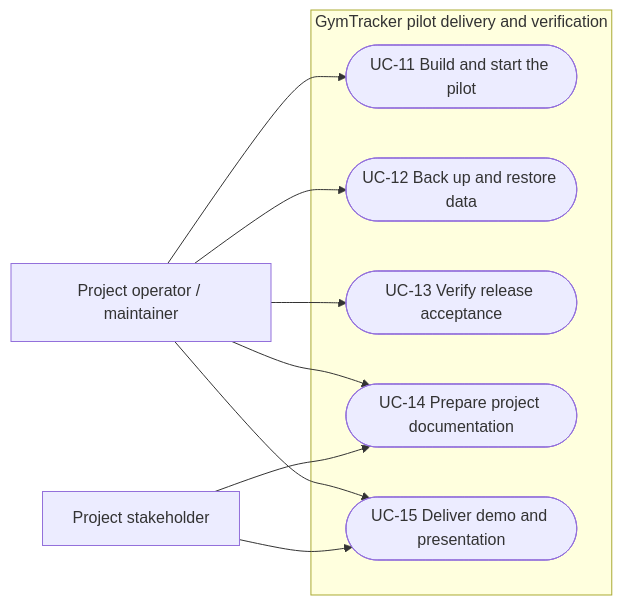
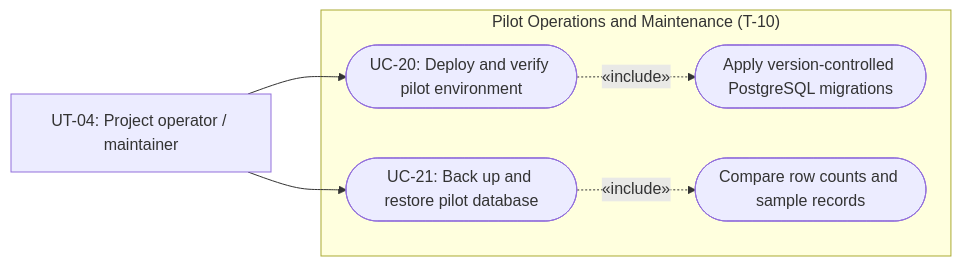
One commit to kececi24/GymTracker changed the seventh of 7 diagrams in docs/Requirements_Specification.md. Above: the diagram before and after it, drawn with Mermaid. The commit also changed other lines of this file, not shown here.

````diff
--- a/docs/Requirements_Specification.md
+++ b/docs/Requirements_Specification.md
@@ -350,19 +610,17 @@
 ```mermaid
 flowchart LR
-    Maintainer["Project operator / maintainer"]
-    Reviewer["Project stakeholder"]
-    subgraph Delivery["GymTracker pilot delivery and verification"]
-        U11(["UC-11 Build and start the pilot"])
-        U12(["UC-12 Back up and restore data"])
-        U13(["UC-13 Verify release acceptance"])
-        U14(["UC-14 Prepare project documentation"])
-        U15(["UC-15 Deliver demo and presentation"])
+    UT04["UT-04: Project operator / maintainer"]
+
+    subgraph Boundary6["Pilot Operations and Maintenance (T-10)"]
+        UC20(["UC-20: Deploy and verify pilot environment"])
+        UC21(["UC-21: Back up and restore pilot database"])
+        Migrate(["Apply version-controlled PostgreSQL migrations"])
+        VerifyRestore(["Compare row counts and sample records"])
     end
-    Maintainer --> U11
-    Maintainer --> U12
-    Maintainer --> U13
-    Maintainer --> U14
-    Maintainer --> U15
-    Reviewer --> U14
-    Reviewer --> U15
+
+    UT04 --> UC20
+    UT04 --> UC21
+
+    UC20 -.->|"«include»"| Migrate
+    UC21 -.->|"«include»"| VerifyRestore
 ```
````
